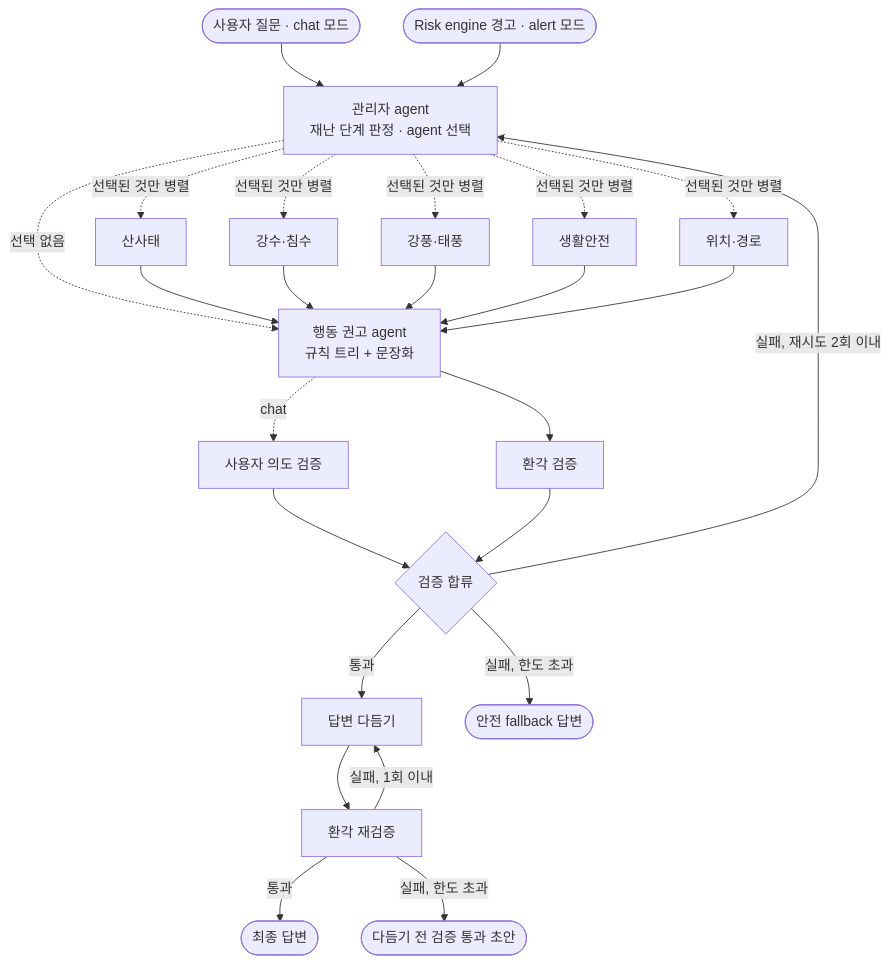
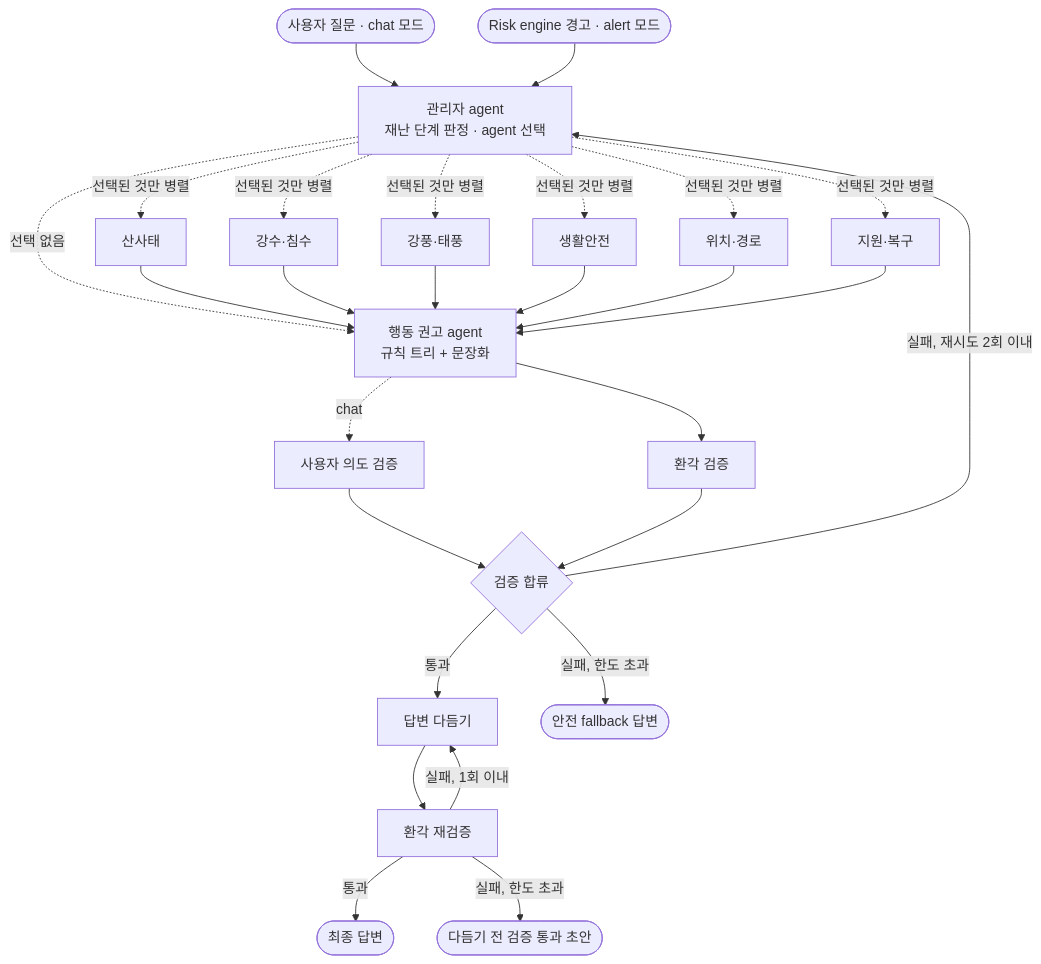
One commit to kimking73/guryongpo-safety-agent changed the first of 2 diagrams in ai/docs/agent-design.md. Above: the diagram before and after it, drawn with Mermaid. The commit also changed other lines of this file and 11 other files, not shown here.

````diff
--- a/ai/docs/agent-design.md
+++ b/ai/docs/agent-design.md
@@ -12,19 +12,19 @@
 ```mermaid
 flowchart TD
     IN([사용자 질문 · chat 모드]) --> M
     EV([Risk engine 경고 · alert 모드]) --> M
     M[관리자 agent<br/>재난 단계 판정 · agent 선택]
-    M -. 선택된 것만 병렬 .-> L[산사태] & R[강수·침수] & W[강풍·태풍] & S[생활안전] & P[위치·경로]
+    M -. 선택된 것만 병렬 .-> L[산사태] & R[강수·침수] & W[강풍·태풍] & S[생활안전] & P[위치·경로] & RS[지원·복구]
     M -. 선택 없음 .-> A
-    L & R & W & S & P --> A[행동 권고 agent<br/>규칙 트리 + 문장화]
+    L & R & W & S & P & RS --> A[행동 권고 agent<br/>규칙 트리 + 문장화]
     A -. chat .-> I[사용자 의도 검증]
     A --> H[환각 검증]
     I & H --> G{검증 합류}
     G -- 통과 --> PO[답변 다듬기]
     G -- 실패, 재시도 2회 이내 --> M
     G -- 실패, 한도 초과 --> FB([안전 fallback 답변])
     PO --> H2[환각 재검증]
     H2 -- 통과 --> OUT([최종 답변])
     H2 -- 실패, 1회 이내 --> PO
     H2 -- 실패, 한도 초과 --> OUT2([다듬기 전 검증 통과 초안])
 ```
````
